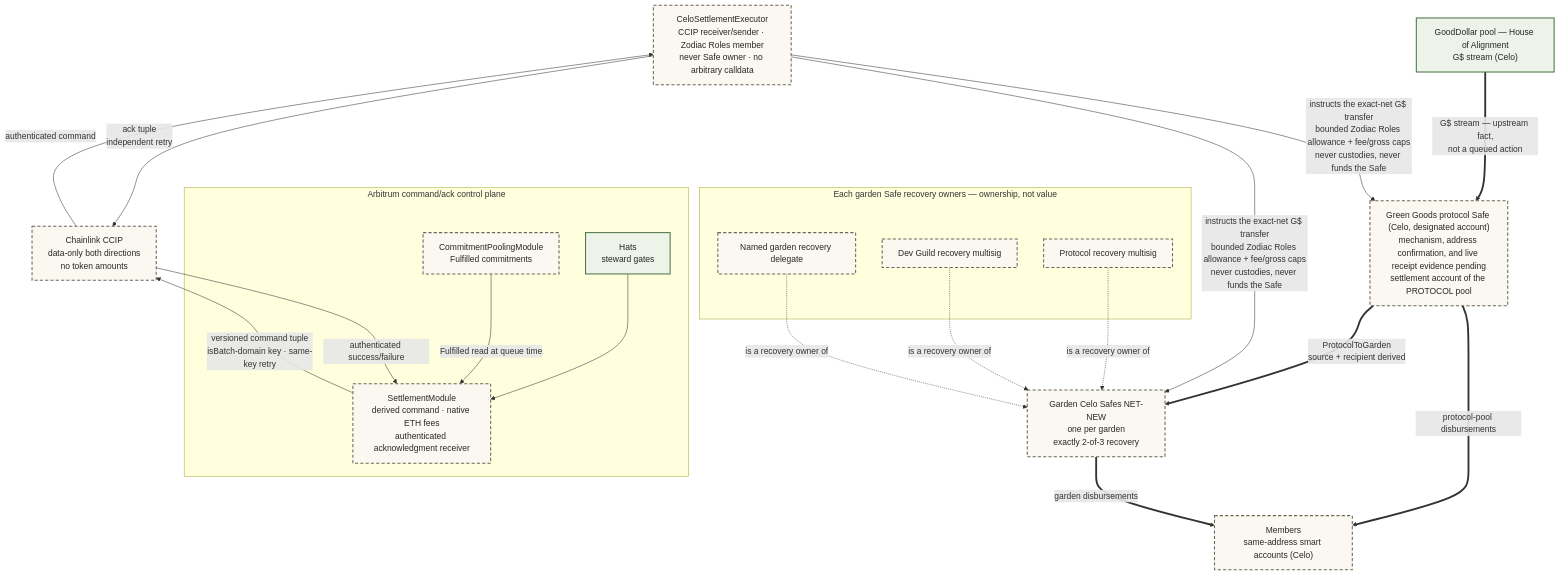
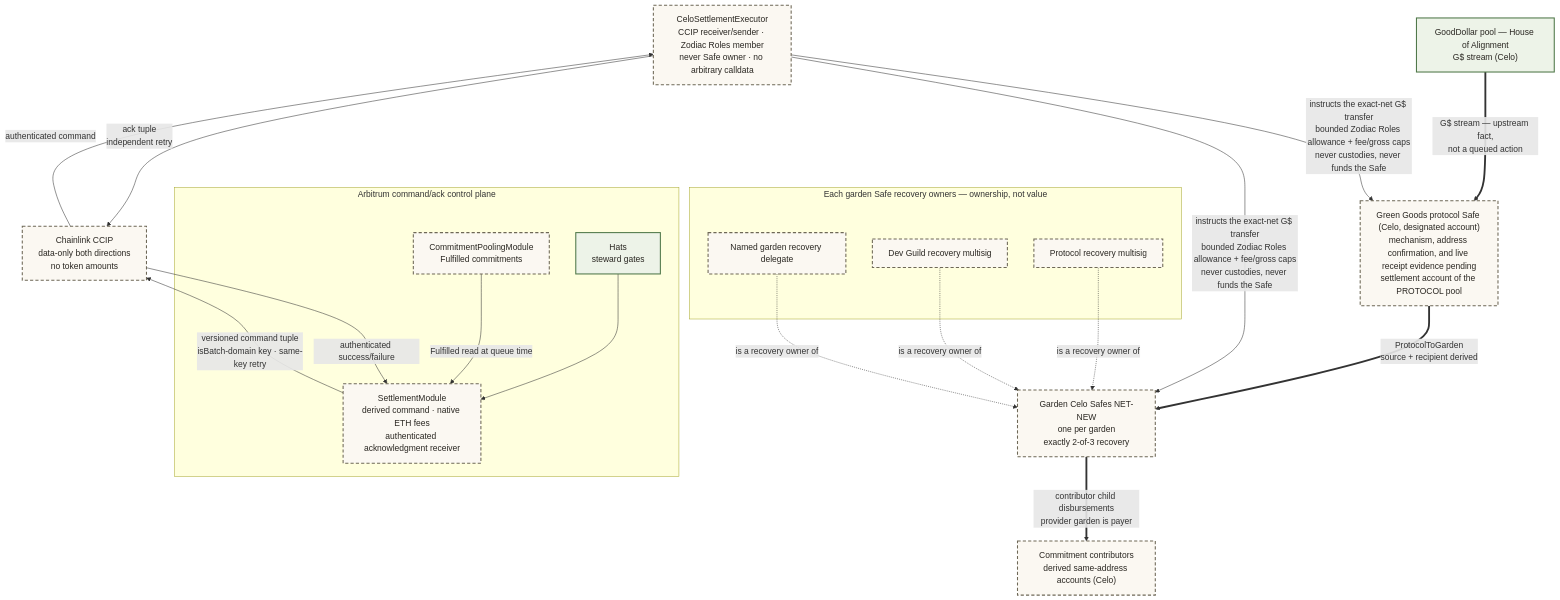
One commit to greenpill-dev-guild/green-goods changed diagram 20 of 35 in .plans/active/commitment-pooling/diagrams.md. Above: the diagram before and after it, drawn with Mermaid. The commit also changed other lines of this file and 40 other files, not shown here.

````diff
--- a/.plans/active/commitment-pooling/diagrams.md
+++ b/.plans/active/commitment-pooling/diagrams.md
@@ -1052,44 +1122,43 @@
 ```mermaid
 flowchart TD
   HOA["GoodDollar pool — House of Alignment<br/>G$ stream (Celo)"]
   PS["Green Goods protocol Safe (Celo, designated account)<br/>mechanism, address confirmation, and live receipt evidence pending<br/>settlement account of the PROTOCOL pool"]
   GS["Garden Celo Safes NET-NEW<br/>one per garden<br/>exactly 2-of-3 recovery"]
-  MEM["Members<br/>same-address smart accounts (Celo)"]
+  MEM["Commitment contributors<br/>derived same-address accounts (Celo)"]
 
   subgraph OWN["Each garden Safe recovery owners — ownership, not value"]
     PM["Protocol recovery multisig"]
     DM["Dev Guild recovery multisig"]
     GR["Named garden recovery delegate"]
   end
   CE["CeloSettlementExecutor<br/>CCIP receiver/sender · Zodiac Roles member<br/>never Safe owner · no arbitrary calldata"]
 
   subgraph ARB["Arbitrum command/ack control plane"]
     HATS["Hats<br/>steward gates"]
     CPM["CommitmentPoolingModule<br/>Fulfilled commitments"]
     SM["SettlementModule<br/>derived command · native ETH fees<br/>authenticated acknowledgment receiver"]
   end
   CCIP["Chainlink CCIP<br/>data-only both directions<br/>no token amounts"]
 
   HOA ==>|"G$ stream — upstream fact,<br/>not a queued action"| PS
   PS ==>|"ProtocolToGarden<br/>source + recipient derived"| GS
-  PS ==>|"protocol-pool disbursements"| MEM
-  GS ==>|"garden disbursements"| MEM
+  GS ==>|"contributor child disbursements<br/>provider garden is payer"| MEM
   CE -->|"instructs the exact-net G$ transfer<br/>bounded Zodiac Roles allowance + fee/gross caps<br/>never custodies, never funds the Safe"| PS
   CE -->|"instructs the exact-net G$ transfer<br/>bounded Zodiac Roles allowance + fee/gross caps<br/>never custodies, never funds the Safe"| GS
 
   HATS --> SM
   CPM -->|"Fulfilled read at queue time"| SM
   SM -->|"versioned command tuple<br/>isBatch-domain key · same-key retry"| CCIP
   CCIP -->|"authenticated command"| CE
   CE -->|"ack tuple<br/>independent retry"| CCIP
   CCIP -->|"authenticated success/failure"| SM
 
   PM -.->|"is a recovery owner of"| GS
   DM -.->|"is a recovery owner of"| GS
   GR -.->|"is a recovery owner of"| GS
 
   classDef built fill:#edf3e8,stroke:#50784a,stroke-width:2px,color:#2a2722
   classDef planned fill:#fbf8f2,stroke:#6e6857,stroke-width:2px,stroke-dasharray:6 4,color:#2a2722
   class HOA,HATS built
   class PS,GS,MEM,CE,CPM,SM,CCIP,PM,DM,GR planned
 ```
````
